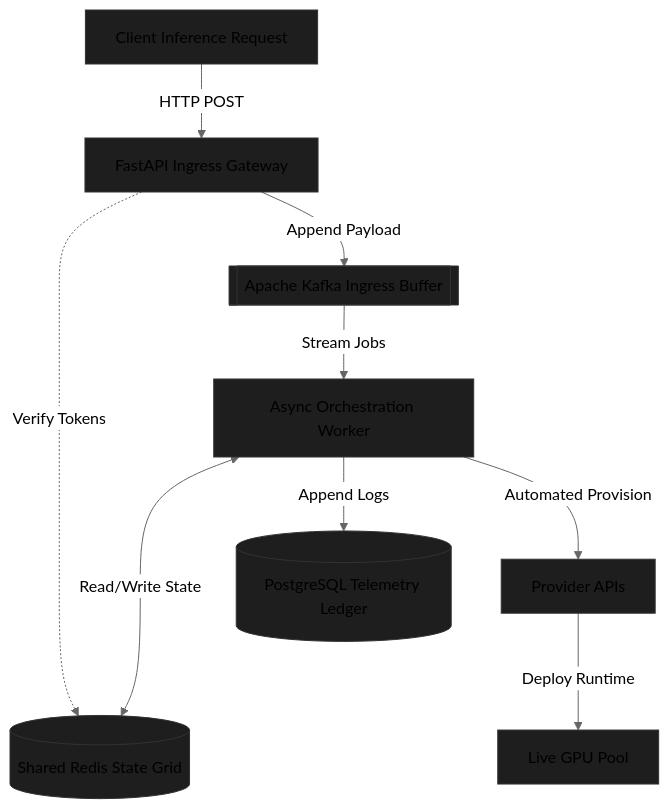
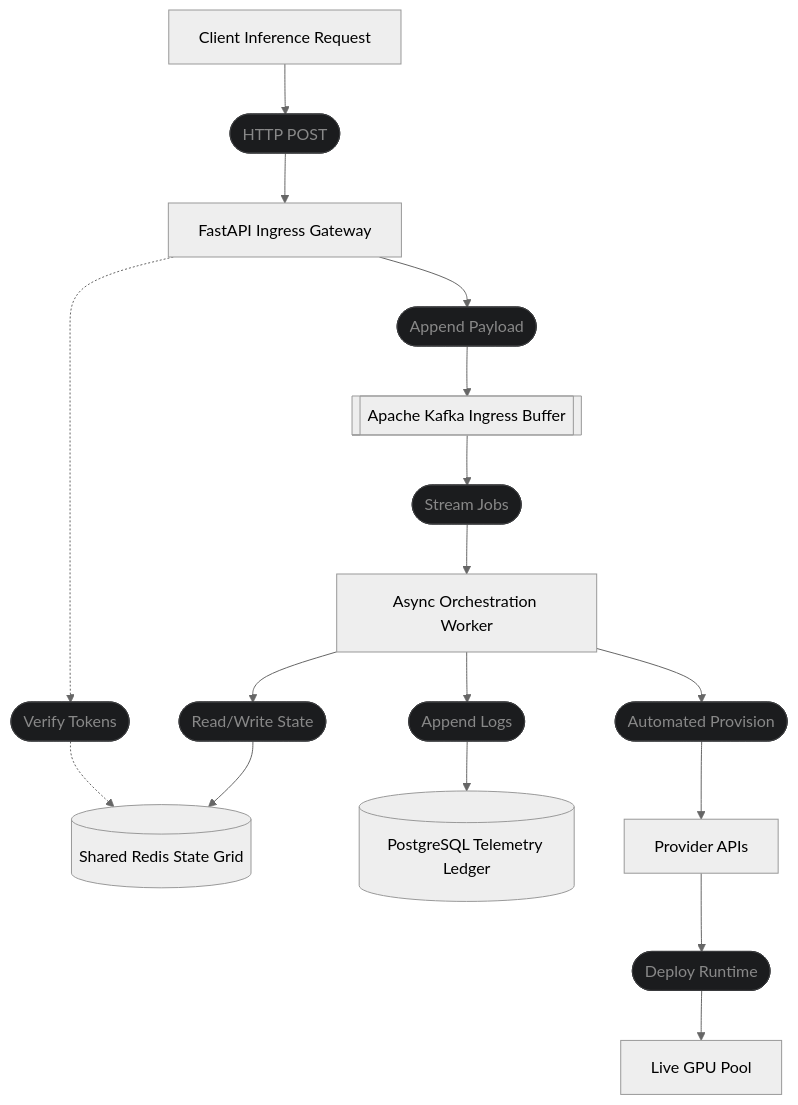
Before and after one commit to Karthik-Unni/zerogate: the diagram in README.md, drawn with Mermaid (neutral theme).

Commit message:
cleanup diagram

````diff
--- a/README.md
+++ b/README.md
@@ -24,18 +24,26 @@
 ```mermaid
 graph TD
-    %% Global Styling Overrides to force transparent label backdrops %%
-    classDef default fill:#1e1e1e,stroke:#333,stroke-width:1px;
+    Client[Client Inference Request] --> HTTP_POST([HTTP POST]) --> Gateway[FastAPI Ingress Gateway]
     
-    Client[Client Inference Request] -->|HTTP POST| Gateway[FastAPI Ingress Gateway]
+    %% Dotted lines lift Verify Tokens higher up to the middle %%
+    Gateway -.-> Verify_Tokens([Verify Tokens]) -.-> Redis[(Shared Redis State Grid)]
     
-    %% Fixed line routing to clear background text intersection %%
-    Gateway -.->|Verify Tokens| Redis[(Shared Redis State Grid)]
-    Gateway -->|Append Payload| Kafka[[Apache Kafka Ingress Buffer]]
+    Gateway --> Append_Payload([Append Payload]) --> Kafka[[Apache Kafka Ingress Buffer]]
     
-    Kafka -->|Stream Jobs| Worker[Async Orchestration Worker]
-    Worker <--->|Read/Write State| Redis
-    Worker -->|Append Logs| Postgres[(PostgreSQL Telemetry Ledger)]
+    Kafka --> Stream_Jobs([Stream Jobs]) --> Worker[Async Orchestration Worker]
+    Worker --> Read_Write([Read/Write State]) --> Redis
+    Worker --> Append_Logs([Append Logs]) --> Postgres[(PostgreSQL Telemetry Ledger)]
     
-    Worker -->|Automated Provision| Hyperstack[Provider APIs]
-    Hyperstack -->|Deploy Runtime| GPU[Live GPU Pool]
+    Worker --> Auto_Provision([Automated Provision]) --> Hyperstack[Provider APIs]
+    Hyperstack --> Deploy_Runtime([Deploy Runtime]) --> GPU[Live GPU Pool]
+
+    %% Mute the action labels so the service containers pop %%
+    style HTTP_POST fill:#1b1c1e,stroke:#3a3b3d,stroke-width:1px,color:#888
+    style Verify_Tokens fill:#1b1c1e,stroke:#3a3b3d,stroke-width:1px,color:#888
+    style Append_Payload fill:#1b1c1e,stroke:#3a3b3d,stroke-width:1px,color:#888
+    style Stream_Jobs fill:#1b1c1e,stroke:#3a3b3d,stroke-width:1px,color:#888
+    style Read_Write fill:#1b1c1e,stroke:#3a3b3d,stroke-width:1px,color:#888
+    style Append_Logs fill:#1b1c1e,stroke:#3a3b3d,stroke-width:1px,color:#888
+    style Auto_Provision fill:#1b1c1e,stroke:#3a3b3d,stroke-width:1px,color:#888
+    style Deploy_Runtime fill:#1b1c1e,stroke:#3a3b3d,stroke-width:1px,color:#888
 ```
````
